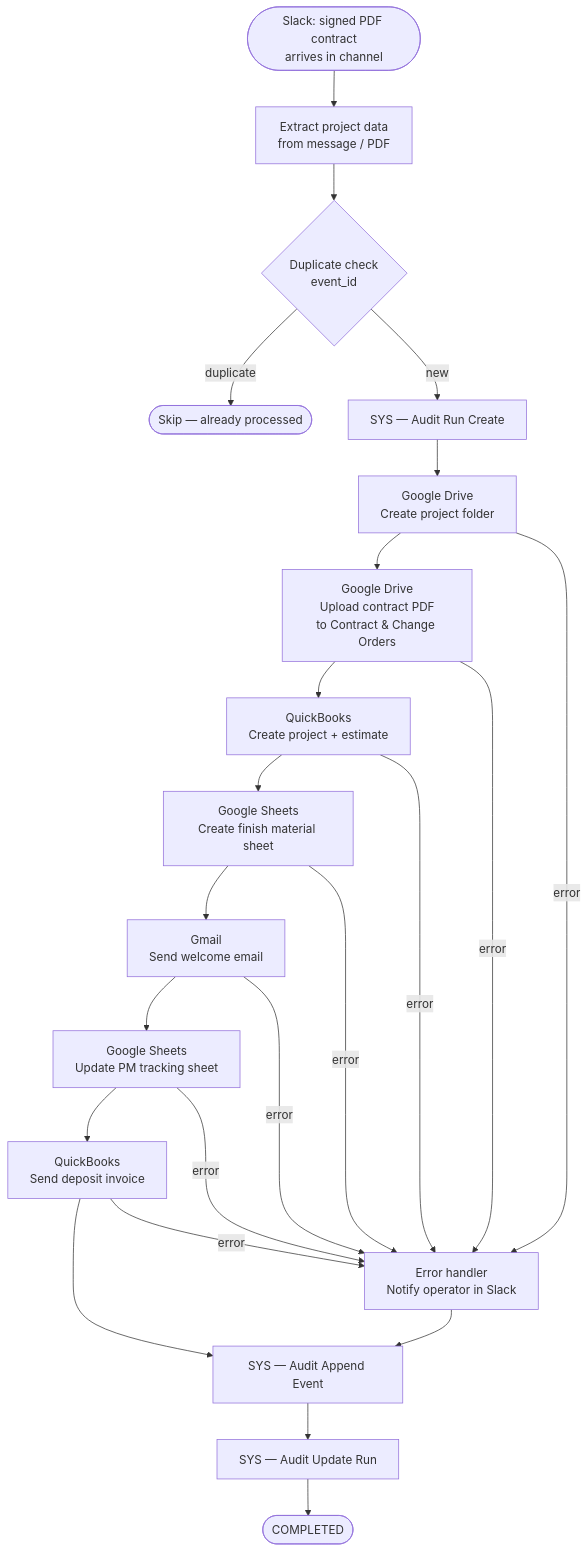
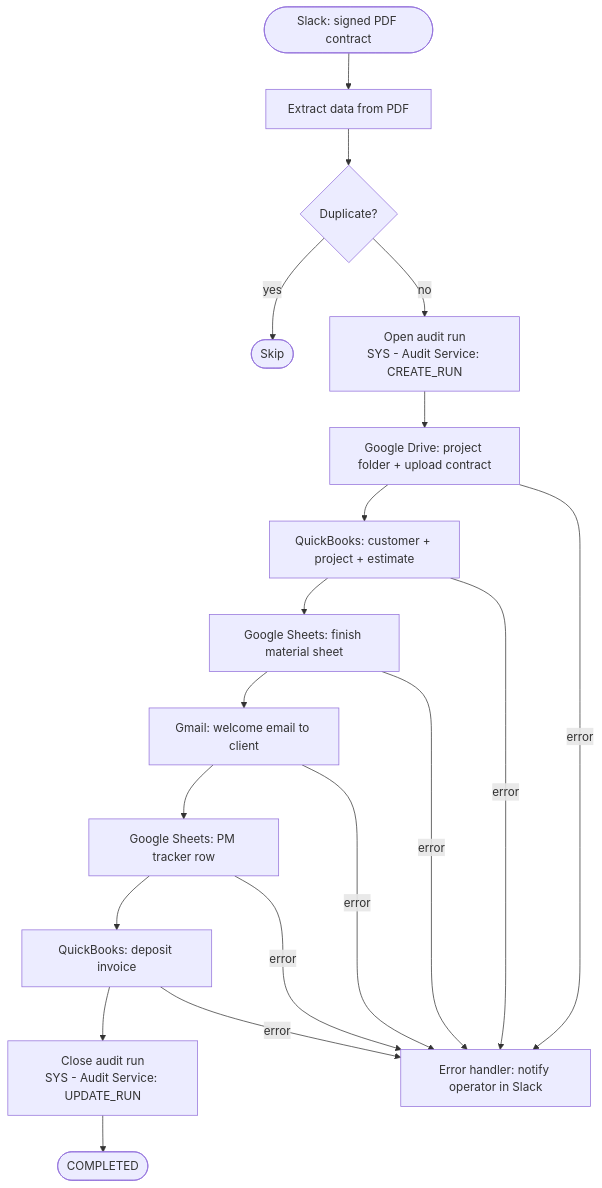
The diagram in docs/architecture.md (efimova-sudo/project-onboarding-automation), drawn with Mermaid before and after one commit. The commit also changed other lines of this file and 8 other files, not shown here.

````diff
--- a/docs/architecture.md
+++ b/docs/architecture.md
@@ -5,26 +23,22 @@
 ```mermaid
 flowchart TD
-    A([Slack: signed PDF contract\narrives in channel]) --> B[Extract project data\nfrom message / PDF]
-    B --> C{Duplicate check\nevent_id}
-    C -- duplicate --> Z([Skip — already processed])
-    C -- new --> D[SYS — Audit Run Create]
-    D --> E[Google Drive\nCreate project folder]
-    E --> E2[Google Drive\nUpload contract PDF\nto Contract & Change Orders]
-    E2 --> F[QuickBooks\nCreate project + estimate]
-    F --> G[Google Sheets\nCreate finish material sheet]
-    G --> H[Gmail\nSend welcome email]
-    H --> I[Google Sheets\nUpdate PM tracking sheet]
-    I --> J[QuickBooks\nSend deposit invoice]
-    J --> K[SYS — Audit Append Event]
-    K --> L[SYS — Audit Update Run]
-    L --> M([COMPLETED])
+    A([Slack: signed PDF contract]) --> B[Extract data from PDF]
+    B --> C{Duplicate?}
+    C -- yes --> Z([Skip])
+    C -- no --> D[Open audit run<br/>SYS - Audit Service: CREATE_RUN]
+    D --> E[Google Drive: project folder + upload contract]
+    E --> F[QuickBooks: customer + project + estimate]
+    F --> G[Google Sheets: finish material sheet]
+    G --> H[Gmail: welcome email to client]
+    H --> I[Google Sheets: PM tracker row]
+    I --> J[QuickBooks: deposit invoice]
+    J --> K[Close audit run<br/>SYS - Audit Service: UPDATE_RUN]
+    K --> L([COMPLETED])
 
-    E -- error --> ERR[Error handler\nNotify operator in Slack]
-    E2 -- error --> ERR
+    E -- error --> ERR[Error handler: notify operator in Slack]
     F -- error --> ERR
     G -- error --> ERR
     H -- error --> ERR
     I -- error --> ERR
     J -- error --> ERR
-    ERR --> K
 ```
````
